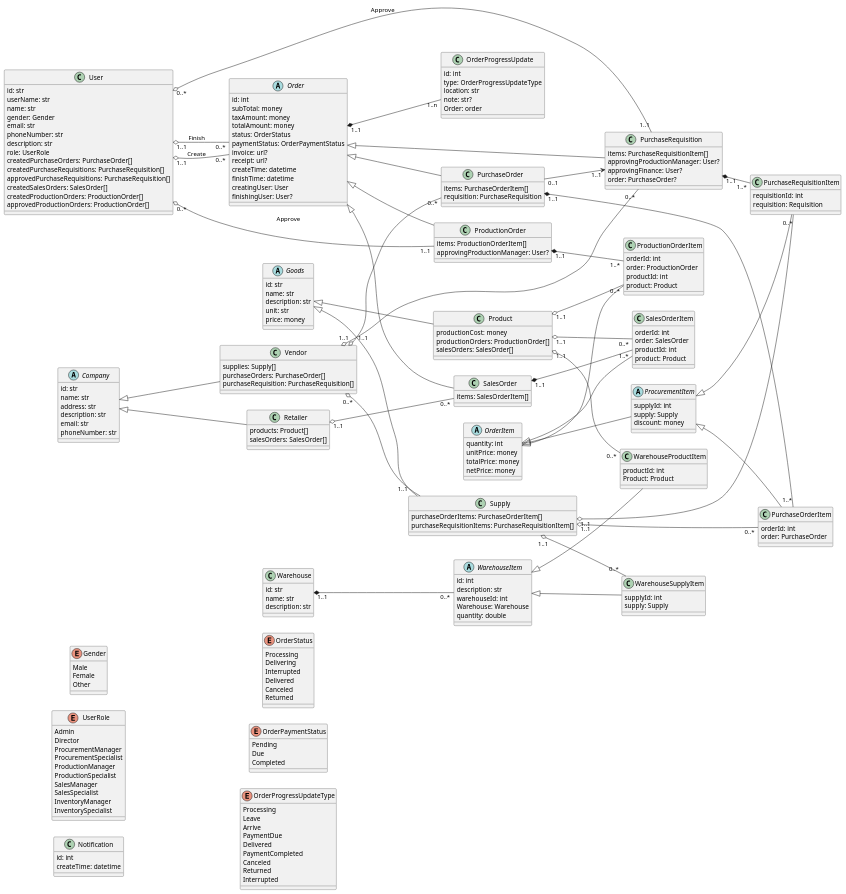
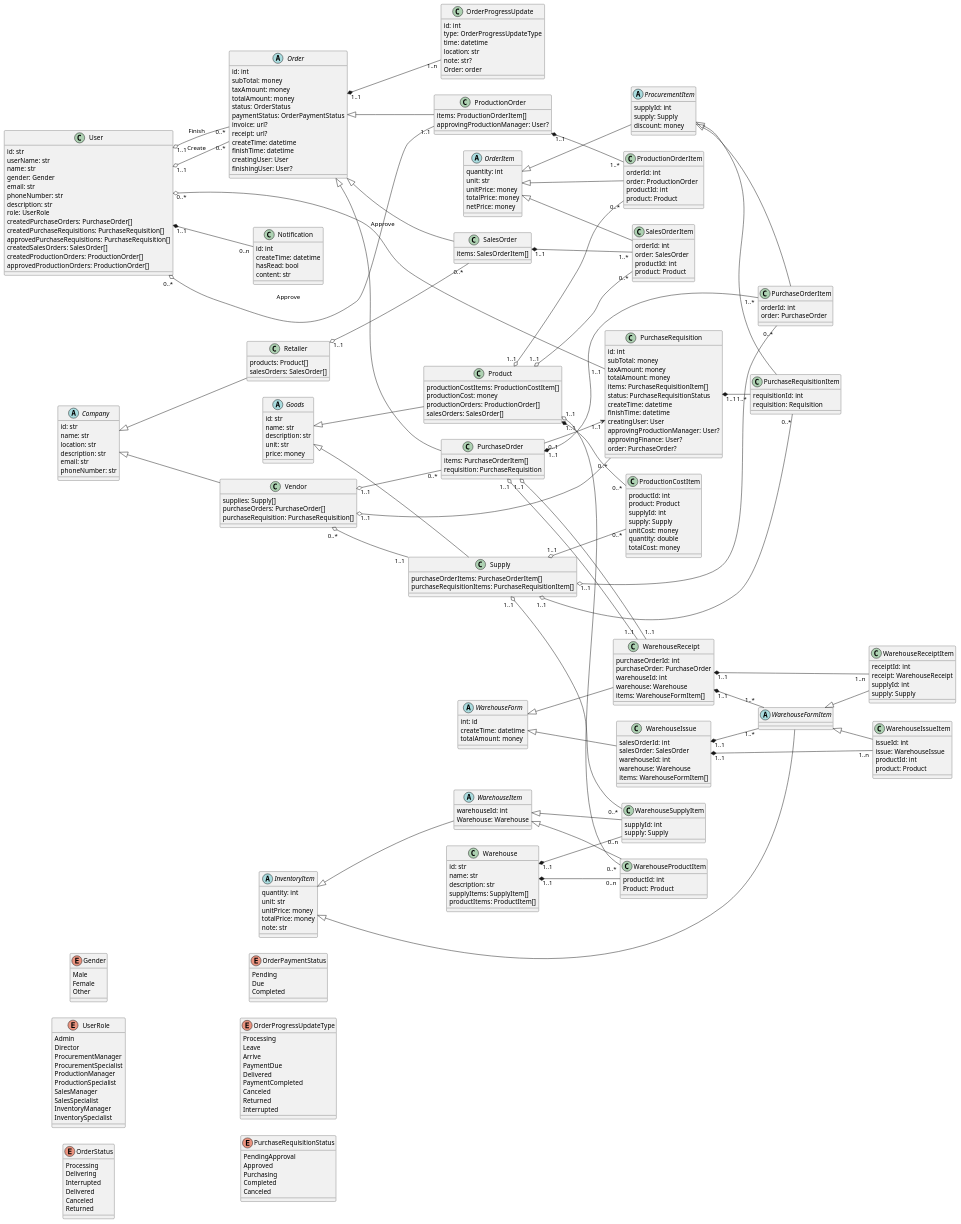
One commit to phihungha/scmss-reqs changed the diagram in classes/classes.plantuml. Above: the diagram before and after it, drawn with PlantUML.

Commit message:
Improve warehouse and cost items

```diff
--- a/classes/classes.plantuml
+++ b/classes/classes.plantuml
@@ -40,12 +40,15 @@
 class Notification {
     id: int
     createTime: datetime
+    hasRead: bool
+    content: str
 }
+User "1..1" *-- "0..n" Notification
 
 abstract Company {
     id: str
     name: str
-    address: str
+    location: str
     description: str
     email: str
     phoneNumber: str
@@ -65,12 +68,6 @@
 }
 Company <|-- Retailer
 
-class Warehouse {
-    id: str
-    name: str
-    description: str
-}
-
 abstract Goods {
     id: str
     name: str
@@ -86,12 +83,26 @@
 Goods <|-- Supply
 Vendor "0..*" o-- "1..1" Supply
 
+
 class Product {
+    productionCostItems: ProductionCostItem[]
     productionCost: money
     productionOrders: ProductionOrder[]
     salesOrders: SalesOrder[]
 }
 Goods <|-- Product
+
+class ProductionCostItem {
+    productId: int
+    product: Product
+    supplyId: int
+    supply: Supply
+    unitCost: money
+    quantity: double
+    totalCost: money
+}
+Product "1..1" *-- "0..*" ProductionCostItem
+Supply "1..1" o-- "0..*" ProductionCostItem
 
 enum OrderStatus {
     Processing
@@ -127,6 +138,7 @@
 
 abstract OrderItem {
     quantity: int
+    unit: str
     unitPrice: money
     totalPrice: money
     netPrice: money
@@ -147,6 +159,7 @@
 class OrderProgressUpdate {
     id: int
     type: OrderProgressUpdateType
+    time: datetime
     location: str
     note: str?
     Order: order
@@ -160,13 +173,28 @@
 }
 OrderItem <|-- ProcurementItem
 
+enum PurchaseRequisitionStatus {
+    PendingApproval
+    Approved
+    Purchasing
+    Completed
+    Canceled
+}
+
 class PurchaseRequisition {
+    id: int
+    subTotal: money
+    taxAmount: money
+    totalAmount: money
     items: PurchaseRequisitionItem[]
+    status: PurchaseRequisitionStatus
+    createTime: datetime
+    finishTime: datetime
+    creatingUser: User
     approvingProductionManager: User?
     approvingFinance: User?
     order: PurchaseOrder?
 }
-Order <|-- PurchaseRequisition
 Vendor "1..1" o-- "0..*" PurchaseRequisition
 User "0..*" o-- "1..1" PurchaseRequisition : Approve
 
@@ -227,20 +255,34 @@
 ProductionOrder "1..1" *-- "1..*" ProductionOrderItem
 Product "1..1" o-- "0..*" ProductionOrderItem
 
+abstract InventoryItem {
+    quantity: int
+    unit: str
+    unitPrice: money
+    totalPrice: money
+    note: str
+}
+
+class Warehouse {
+    id: str
+    name: str
+    description: str
+    supplyItems: SupplyItem[]
+    productItems: ProductItem[]
+}
+
 abstract WarehouseItem {
-    id: int
-    description: str
     warehouseId: int
     Warehouse: Warehouse
-    quantity: double
 }
-Warehouse "1..1" *-- "0..*" WarehouseItem
+InventoryItem <|-- WarehouseItem
 
 class WarehouseSupplyItem {
     supplyId: int
     supply: Supply
 }
 WarehouseItem <|-- WarehouseSupplyItem
+Warehouse "1..1" *-- "0..n" WarehouseSupplyItem
 Supply "1..1" o-- "0..*" WarehouseSupplyItem
 
 class WarehouseProductItem {
@@ -248,5 +290,55 @@
     Product: Product
 }
 WarehouseItem <|-- WarehouseProductItem
+Warehouse "1..1" *-- "0..n" WarehouseProductItem
 Product "1..1" o-- "0..*" WarehouseProductItem
+
+abstract WarehouseForm {
+    int: id
+    createTime: datetime
+    totalAmount: money
+}
+
+abstract WarehouseFormItem
+InventoryItem <|-- WarehouseFormItem
+
+class WarehouseIssue {
+    salesOrderId: int
+    salesOrder: SalesOrder
+    warehouseId: int
+    warehouse: Warehouse
+    items: WarehouseFormItem[]
+}
+WarehouseForm <|-- WarehouseIssue
+WarehouseIssue "1..1" *-- "1..*" WarehouseFormItem
+PurchaseOrder "1..1" o-- "1..1" WarehouseReceipt
+
+class WarehouseIssueItem {
+    issueId: int
+    issue: WarehouseIssue
+    productId: int
+    product: Product
+}
+WarehouseFormItem <|-- WarehouseIssueItem
+WarehouseIssue "1..1" *-- "1..n" WarehouseIssueItem
+
+class WarehouseReceipt {
+    purchaseOrderId: int
+    purchaseOrder: PurchaseOrder
+    warehouseId: int
+    warehouse: Warehouse
+    items: WarehouseFormItem[]
+}
+WarehouseForm <|-- WarehouseReceipt
+WarehouseReceipt "1..1" *-- "1..*" WarehouseFormItem
+PurchaseOrder "1..1" o-- "1..1" WarehouseReceipt
+
+class WarehouseReceiptItem {
+    receiptId: int
+    receipt: WarehouseReceipt
+    supplyId: int
+    supply: Supply
+}
+WarehouseFormItem <|-- WarehouseReceiptItem
+WarehouseReceipt "1..1" *-- "1..n" WarehouseReceiptItem
 @enduml
```
